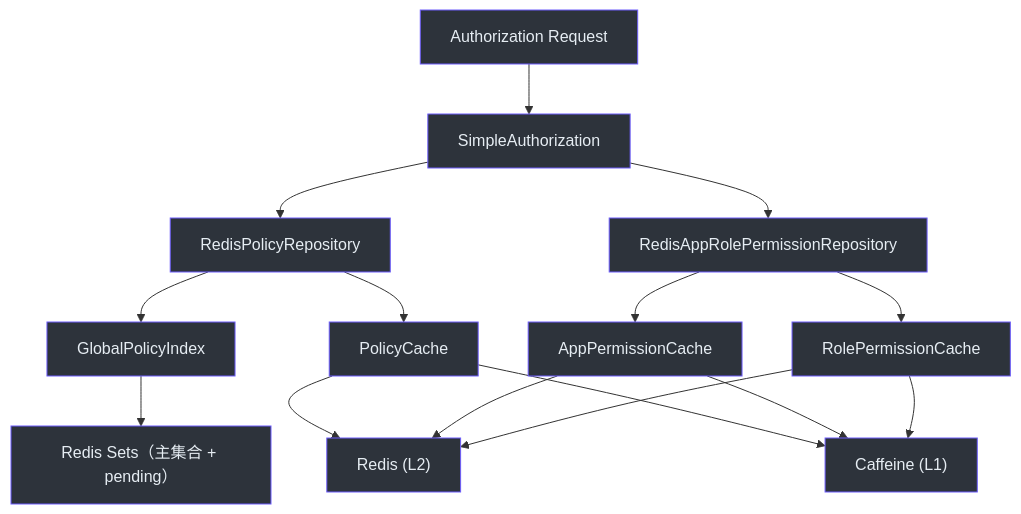
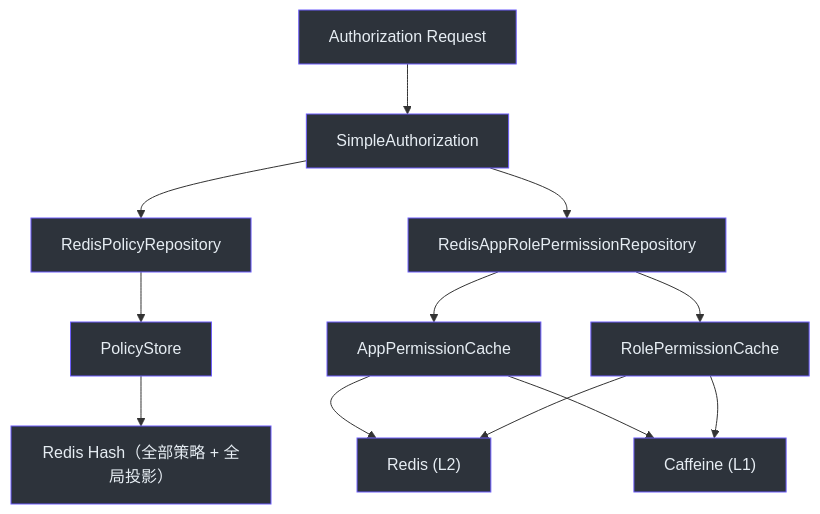
Before and after one commit to Ahoo-Wang/CoSec: the first of 4 diagrams in wiki/zh/deep-dive/integrations/redis-caching.md, drawn with Mermaid. The commit also changed other lines of this file and 26 other files, not shown here.

````diff
--- a/wiki/zh/deep-dive/integrations/redis-caching.md
+++ b/wiki/zh/deep-dive/integrations/redis-caching.md
@@ -12,32 +12,28 @@
 ```mermaid
 graph TD
     A["Authorization Request"] --> B["SimpleAuthorization"]
     B --> C["RedisPolicyRepository"]
     B --> D["RedisAppRolePermissionRepository"]
-    C --> E["GlobalPolicyIndex"]
-    C --> F["PolicyCache"]
+    C --> E["PolicyStore"]
     D --> G["AppPermissionCache"]
     D --> H["RolePermissionCache"]
-    E --> K["Redis Sets（主集合 + pending）"]
+    E --> K["Redis Hash（全部策略 + 全局投影）"]
     I["Redis (L2)"]
     J["Caffeine (L1)"]
-    F --> I
     G --> I
     H --> I
-    F --> J
     G --> J
     H --> J
 
     style A fill:#2d333b,stroke:#6d5dfc,color:#e6edf3
     style B fill:#2d333b,stroke:#6d5dfc,color:#e6edf3
     style C fill:#2d333b,stroke:#6d5dfc,color:#e6edf3
     style D fill:#2d333b,stroke:#6d5dfc,color:#e6edf3
     style E fill:#2d333b,stroke:#6d5dfc,color:#e6edf3
-    style F fill:#2d333b,stroke:#6d5dfc,color:#e6edf3
     style G fill:#2d333b,stroke:#6d5dfc,color:#e6edf3
     style H fill:#2d333b,stroke:#6d5dfc,color:#e6edf3
     style I fill:#2d333b,stroke:#6d5dfc,color:#e6edf3
     style J fill:#2d333b,stroke:#6d5dfc,color:#e6edf3
     style K fill:#2d333b,stroke:#6d5dfc,color:#e6edf3
 
 ```
````
